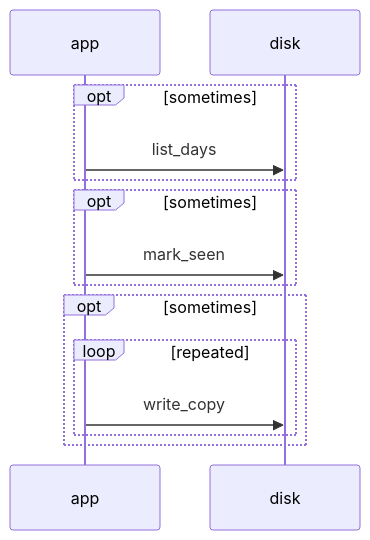
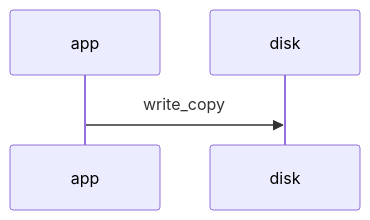
One commit to rabalyn/shale changed the first of 3 diagrams in docs/dataflow/recovery.md. Above: the diagram before and after it, drawn with Mermaid. The commit also changed other lines of this file and 9 other files, not shown here.

First line of the commit message:
Dataflow vault internals: one flow per operation (recovery, data usage), no step without a boundary (DEV-031)

````diff
--- a/docs/dataflow/recovery.md
+++ b/docs/dataflow/recovery.md
@@ -8,16 +8,6 @@
 ```mermaid
 sequenceDiagram
     participant app
     participant disk
-    opt sometimes
-        app->>disk: list_days
-    end
-    opt sometimes
-        app->>disk: mark_seen
-    end
-    opt sometimes
-        loop repeated
-            app->>disk: write_copy
-        end
-    end
+    app->>disk: write_copy
 ```
````
